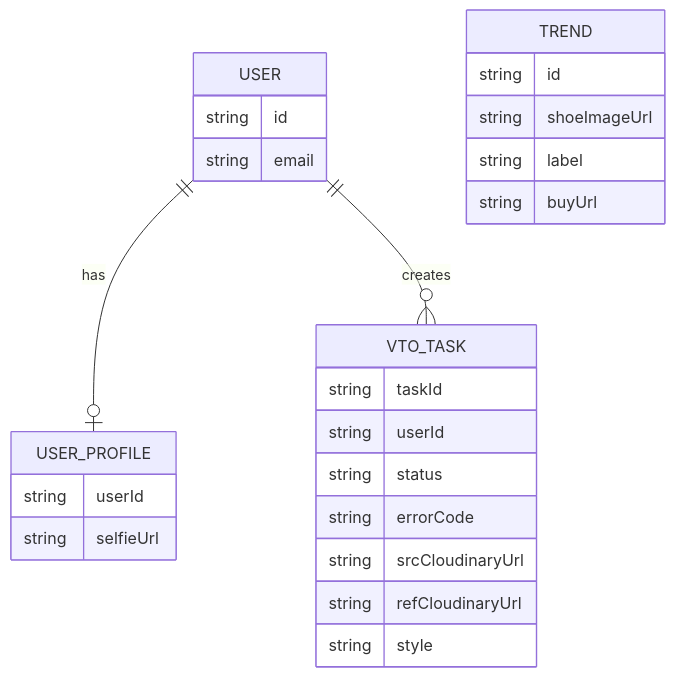
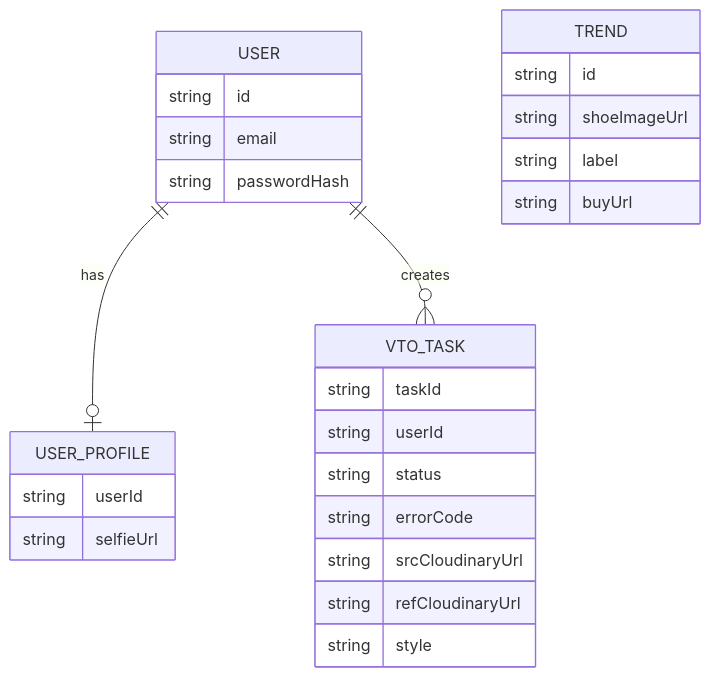
Before and after one commit to ujsolon/whattheheel: the third of 3 diagrams in _bmad-output/planning-artifacts/architecture/architecture-whattheheel-2026-08-16/ARCHITECTURE-SPINE.md, drawn with Mermaid. The commit also changed other lines of this file and 14 other files, not shown here.

Commit message:
Initialize UX planning, adjust PRD and architecture based on findings

````diff
--- a/_bmad-output/planning-artifacts/architecture/architecture-whattheheel-2026-08-16/ARCHITECTURE-SPINE.md
+++ b/_bmad-output/planning-artifacts/architecture/architecture-whattheheel-2026-08-16/ARCHITECTURE-SPINE.md
@@ -148,28 +158,29 @@
 ```mermaid
 erDiagram
   USER ||--o| USER_PROFILE : has
   USER ||--o{ VTO_TASK : creates
   USER {
     string id
     string email
+    string passwordHash
   }
   USER_PROFILE {
     string userId
     string selfieUrl
   }
   VTO_TASK {
     string taskId
     string userId
     string status
     string errorCode
     string srcCloudinaryUrl
     string refCloudinaryUrl
     string style
   }
   TREND {
     string id
     string shoeImageUrl
     string label
     string buyUrl
   }
 ```
````
